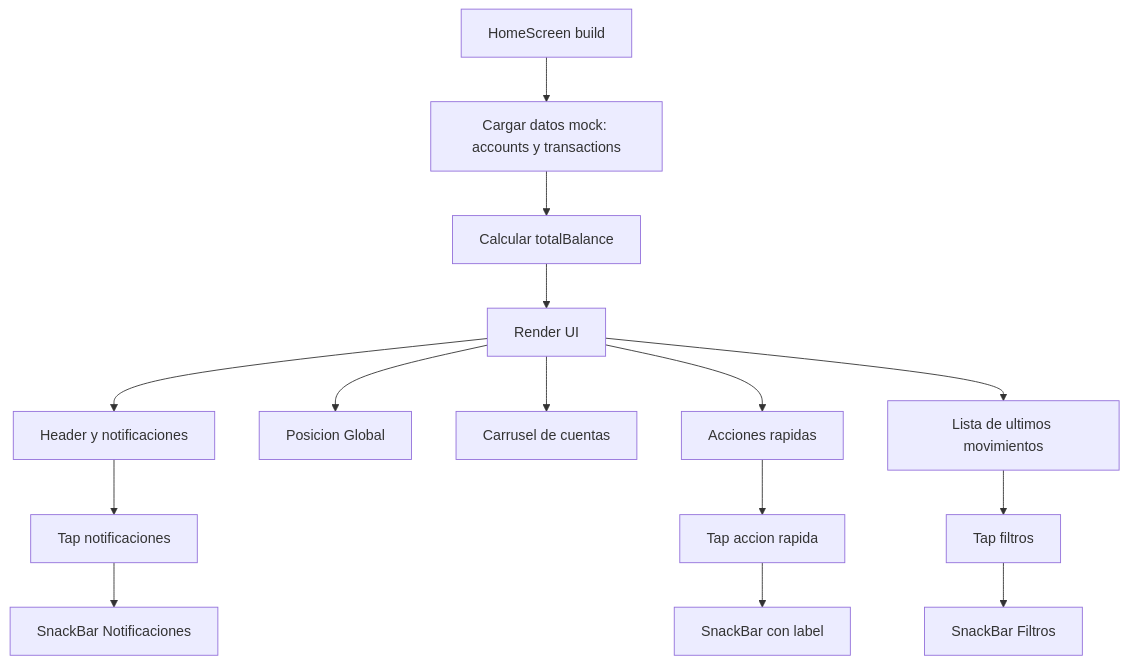
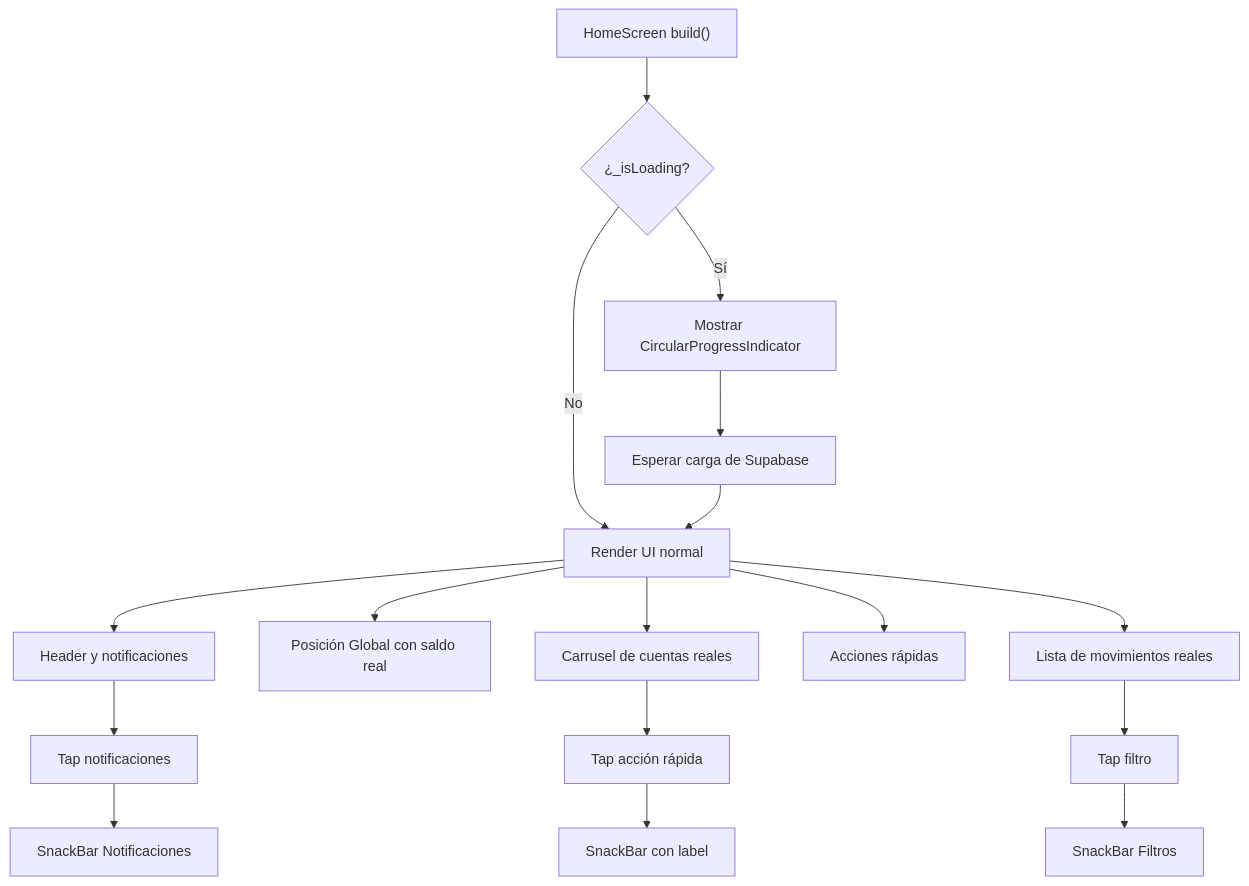
The third of 8 diagrams in App movil/globalfin_app/DIAGRAMAS_FLUJOS.md (CristianPG1993/Proyecto-GlobalFin), drawn with Mermaid before and after one commit. The commit also changed other lines of this file and 8 other files, not shown here.

First line of the commit message:
docs: Actualización exhaustiva de toda la documentación con integración Supabase

````diff
--- a/App movil/globalfin_app/DIAGRAMAS_FLUJOS.md
+++ b/App movil/globalfin_app/DIAGRAMAS_FLUJOS.md
@@ -19,17 +44,19 @@
 ```mermaid
 flowchart TD
-    A[HomeScreen build] --> B[Cargar datos mock: accounts y transactions]
-    B --> C[Calcular totalBalance]
-    C --> D[Render UI]
-    D --> E[Header y notificaciones]
-    D --> F[Posicion Global]
-    D --> G[Carrusel de cuentas]
-    D --> H[Acciones rapidas]
-    D --> I[Lista de ultimos movimientos]
-    E --> E1[Tap notificaciones]
-    E1 --> E2[SnackBar Notificaciones]
-    H --> H1[Tap accion rapida]
-    H1 --> H2[SnackBar con label]
-    I --> I1[Tap filtros]
-    I1 --> I2[SnackBar Filtros]
+    A["HomeScreen build()"] --> B{¿_isLoading?}
+    B -->|Sí| C["Mostrar CircularProgressIndicator"]
+    B -->|No| D["Render UI normal"]
+    C --> E["Esperar carga de Supabase"]
+    E --> D
+    D --> F["Header y notificaciones"]
+    D --> G["Posición Global con saldo real"]
+    D --> H["Carrusel de cuentas reales"]
+    D --> I["Acciones rápidas"]
+    D --> J["Lista de movimientos reales"]
+    F --> F1["Tap notificaciones"]
+    F1 --> F2["SnackBar Notificaciones"]
+    H --> H1["Tap acción rápida"]
+    H1 --> H2["SnackBar con label"]
+    J --> J1["Tap filtro"]
+    J1 --> J2["SnackBar Filtros"]
 ```
````
